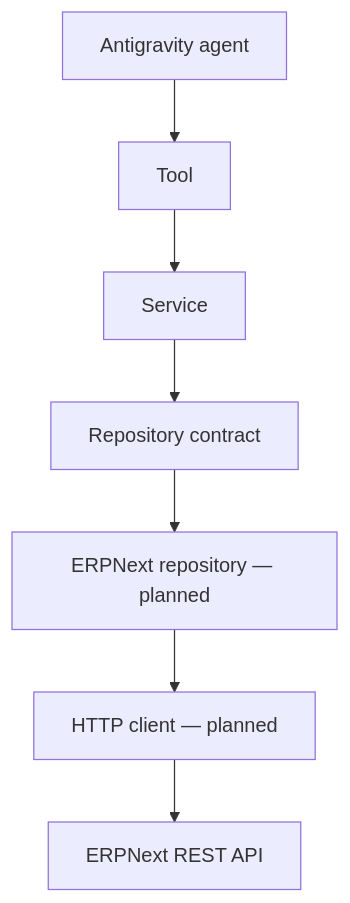
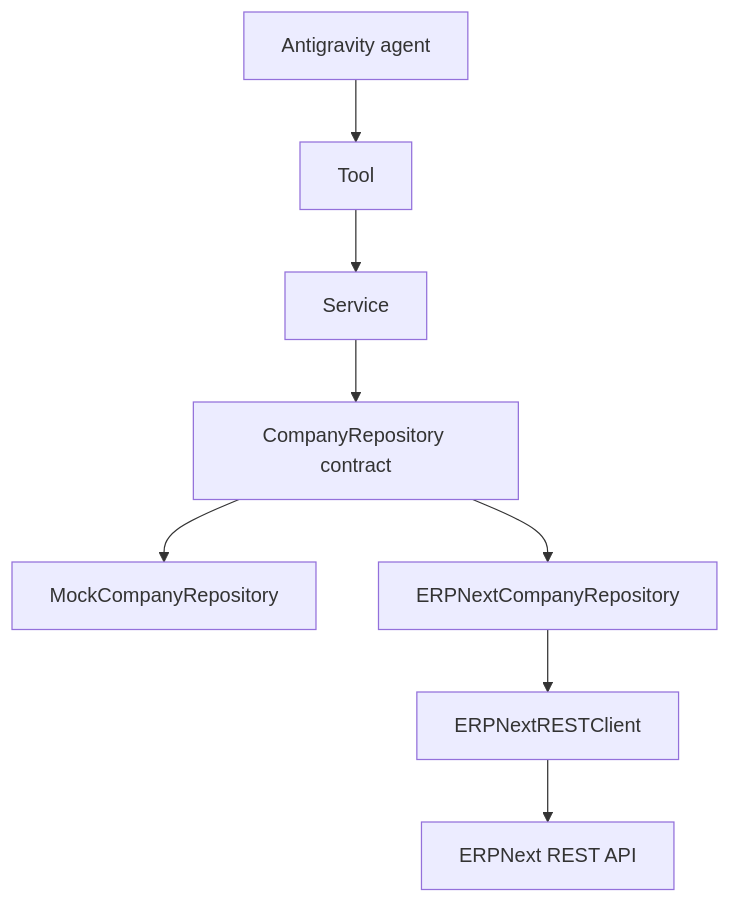
One commit to dapgit/ERPNextAgent changed the diagram in docs/architecture/future-erpnext.md. Above: the diagram before and after it, drawn with Mermaid. The commit also changed other lines of this file and 27 other files, not shown here.

````diff
--- a/docs/architecture/future-erpnext.md
+++ b/docs/architecture/future-erpnext.md
@@ -16,9 +14,10 @@
 ```mermaid
 flowchart TD
   A[Antigravity agent] --> T[Tool]
   T --> S[Service]
-  S --> P[Repository contract]
-  P --> R[ERPNext repository — planned]
-  R --> C[HTTP client — planned]
+  S --> P[CompanyRepository contract]
+  P --> M[MockCompanyRepository]
+  P --> R[ERPNextCompanyRepository]
+  R --> C[ERPNextRESTClient]
   C --> E[ERPNext REST API]
 ```
````
